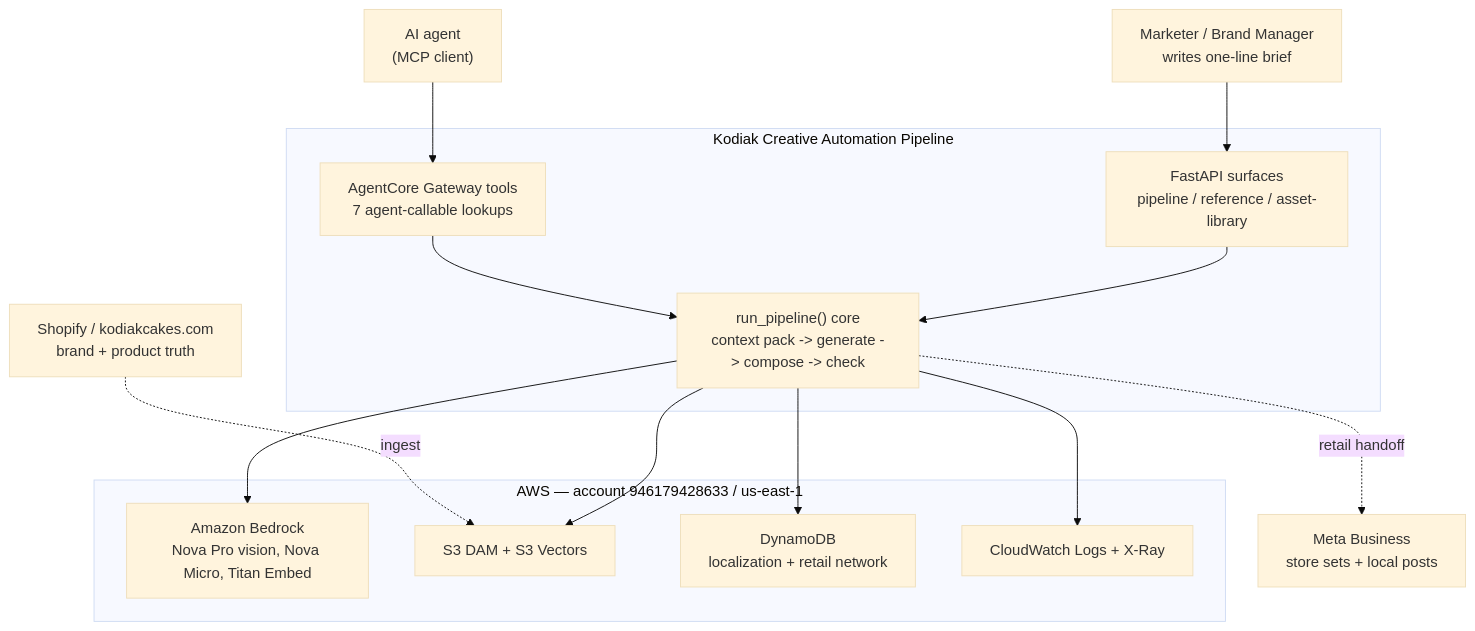
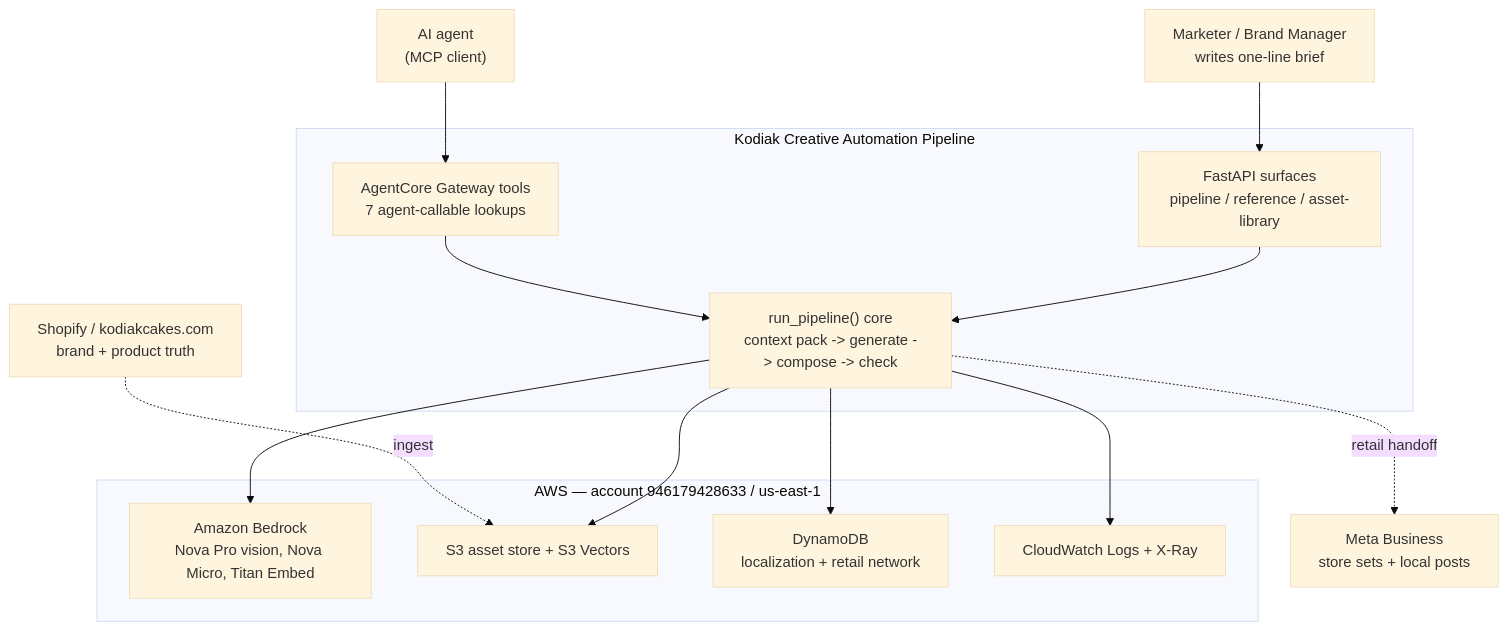
Before and after one commit to chasko-labs/creative-automation-pipeline: the first of 6 diagrams in docs/architecture/SYSTEM-OVERVIEW.md, drawn with Mermaid (base theme). The commit also changed other lines of this file and 149 other files, not shown here.

Commit message:
Plain-language asset store rename: dam.py to asset_store.py, asset browser, protocol values, env names with legacy fallback, DOM ids, docs

````diff
--- a/docs/architecture/SYSTEM-OVERVIEW.md
+++ b/docs/architecture/SYSTEM-OVERVIEW.md
@@ -37,32 +37,32 @@
 ```mermaid
 flowchart TB
     Marketer["Marketer / Brand Manager<br/>writes one-line brief"]
     Agent["AI agent<br/>(MCP client)"]
 
     subgraph System["Kodiak Creative Automation Pipeline"]
         Core["run_pipeline() core<br/>context pack -> generate -> compose -> check"]
         APIs["FastAPI surfaces<br/>pipeline / reference / asset-library"]
         Gateway["AgentCore Gateway tools<br/>7 agent-callable lookups"]
     end
 
     subgraph AWS["AWS — account 946179428633 / us-east-1"]
         Bedrock["Amazon Bedrock<br/>Nova Pro vision, Nova Micro, Titan Embed"]
-        S3["S3 DAM + S3 Vectors"]
+        S3["S3 asset store + S3 Vectors"]
         DDB["DynamoDB<br/>localization + retail network"]
         Obs["CloudWatch Logs + X-Ray"]
     end
 
     Meta["Meta Business<br/>store sets + local posts"]
     Shopify["Shopify / kodiakcakes.com<br/>brand + product truth"]
 
     Marketer --> APIs
     Agent --> Gateway
     APIs --> Core
     Gateway --> Core
     Core --> Bedrock
     Core --> S3
     Core --> DDB
     Core --> Obs
     Core -.retail handoff.-> Meta
     Shopify -.ingest.-> S3
 ```
````
